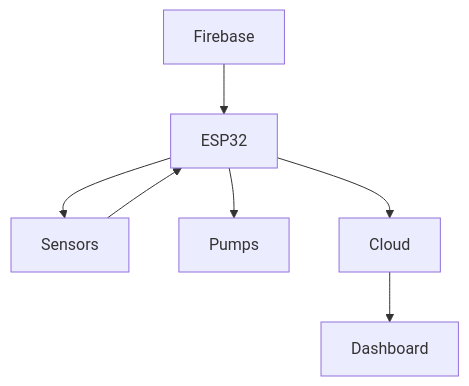
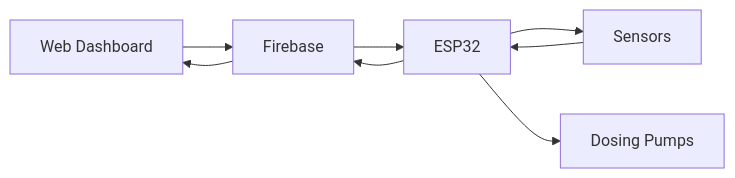
Before and after one commit to SUDEEPMULLAGURI/Hydroponics-nutrition-dosing-system-: the ninth of 11 diagrams in README.MD, drawn with Mermaid. The commit also changed other lines of this file, not shown here.

````diff
--- a/README.MD
+++ b/README.MD
@@ -754,39 +974,17 @@
 ```mermaid
-flowchart TD
+flowchart LR
 
-Firebase
+A[Web Dashboard]
+B[Firebase]
+C[ESP32]
+D[Sensors]
+E[Dosing Pumps]
 
--->
-
-ESP32
-
-ESP32
-
--->
-
-Sensors
-
-ESP32
-
--->
-
-Pumps
-
-Sensors
-
--->
-
-ESP32
-
-ESP32
-
--->
-
-Cloud
-
-Cloud
-
--->
-
-Dashboard
+A --> B
+B --> C
+C --> D
+C --> E
+D --> C
+C --> B
+B --> A
 ```
````
